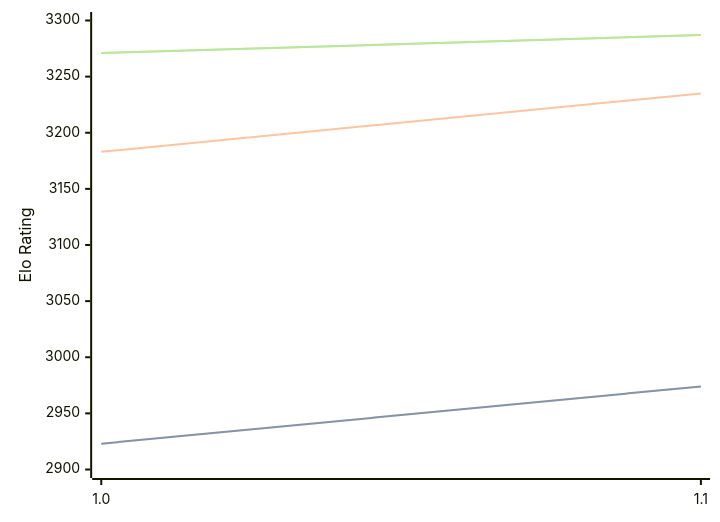
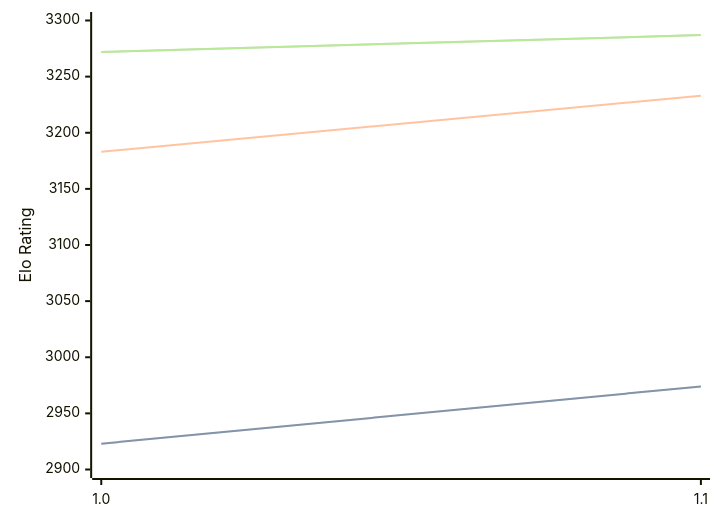
One commit to computer-chess-index/cci changed the diagram in engines/RodentV.md. Above: the diagram before and after it, drawn with Mermaid. The commit also changed other lines of this file, not shown here.

Commit message:
Update CCI Ratings (ELO VLTC) - 2026-08-17

````diff
--- a/engines/RodentV.md
+++ b/engines/RodentV.md
@@ -32,11 +32,11 @@
 ```mermaid
 %%{init: {"theme":"base","themeVariables":{"seriesColors:['#a3a3a3','#222221','#faa371']}}}%%
 xychart-beta
   x-axis ["1.0", "1.1"]
   y-axis "Elo Rating" 2900 --> 3300
   line "STC (8.0+0.08s)" [2923, 2974]
   line "STC (8.0+0.08s)" [2923, 2974]
-  line "LTC (60.0+0.60s)" [3183, 3235]
-  line "VLTC (2m24s+1.12s)" [3271, 3287]
-  line "VLTC (2m24s+1.12s)" [3271, 3287]
+  line "LTC (60.0+0.60s)" [3183, 3233]
+  line "VLTC (2m24s+1.12s)" [3272, 3287]
+  line "VLTC (2m24s+1.12s)" [3272, 3287]
 ```
````
